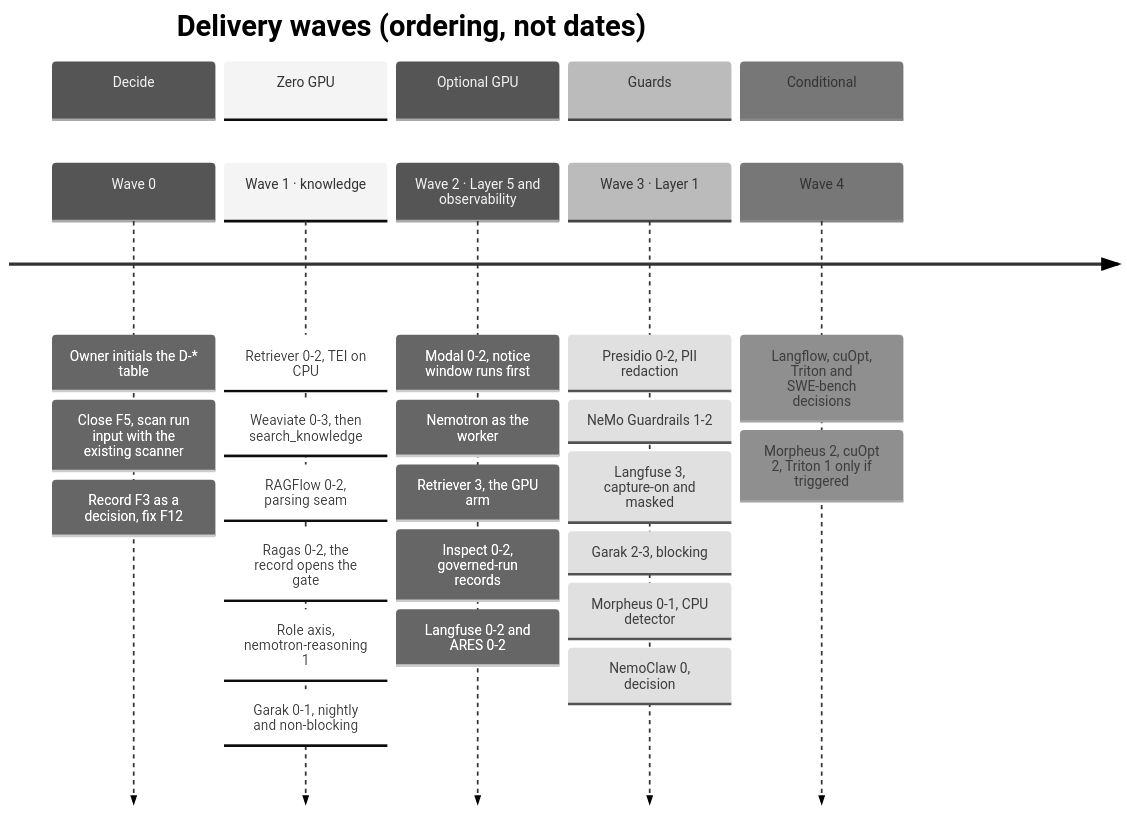
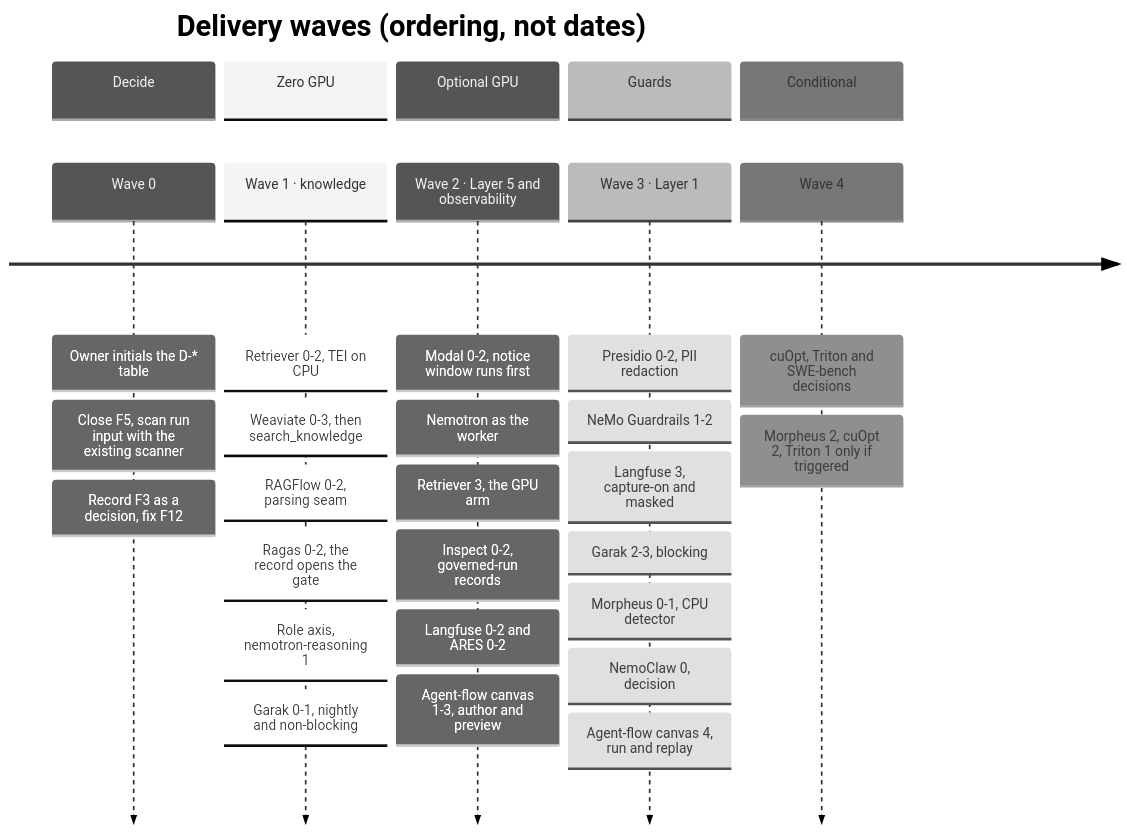
The third of 5 diagrams in docs/ai-architecture-roadmap.md (RodnaPamet/inflect-compliance), drawn with Mermaid (neutral theme) before and after one commit. The commit also changed other lines of this file and 1 other file, not shown here.

First line of the commit message:
docs(ai-architecture): plan the agent-flow canvas in the product (D-L2-1 decided)

````diff
--- a/docs/ai-architecture-roadmap.md
+++ b/docs/ai-architecture-roadmap.md
@@ -416,31 +420,33 @@
 ```mermaid
 timeline
   title Delivery waves (ordering, not dates)
   section Decide
     Wave 0 : Owner initials the D-* table
            : Close F5, scan run input with the existing scanner
            : Record F3 as a decision, fix F12
   section Zero GPU
     Wave 1 · knowledge : Retriever 0-2, TEI on CPU
                        : Weaviate 0-3, then search_knowledge
                        : RAGFlow 0-2, parsing seam
                        : Ragas 0-2, the record opens the gate
                        : Role axis, nemotron-reasoning 1
                        : Garak 0-1, nightly and non-blocking
   section Optional GPU
     Wave 2 · Layer 5 and observability : Modal 0-2, notice window runs first
                                        : Nemotron as the worker
                                        : Retriever 3, the GPU arm
                                        : Inspect 0-2, governed-run records
                                        : Langfuse 0-2 and ARES 0-2
+                                       : Agent-flow canvas 1-3, author and preview
   section Guards
     Wave 3 · Layer 1 : Presidio 0-2, PII redaction
                      : NeMo Guardrails 1-2
                      : Langfuse 3, capture-on and masked
                      : Garak 2-3, blocking
                      : Morpheus 0-1, CPU detector
                      : NemoClaw 0, decision
+                     : Agent-flow canvas 4, run and replay
   section Conditional
-    Wave 4 : Langflow, cuOpt, Triton and SWE-bench decisions
+    Wave 4 : cuOpt, Triton and SWE-bench decisions
            : Morpheus 2, cuOpt 2, Triton 1 only if triggered
 ```
````
